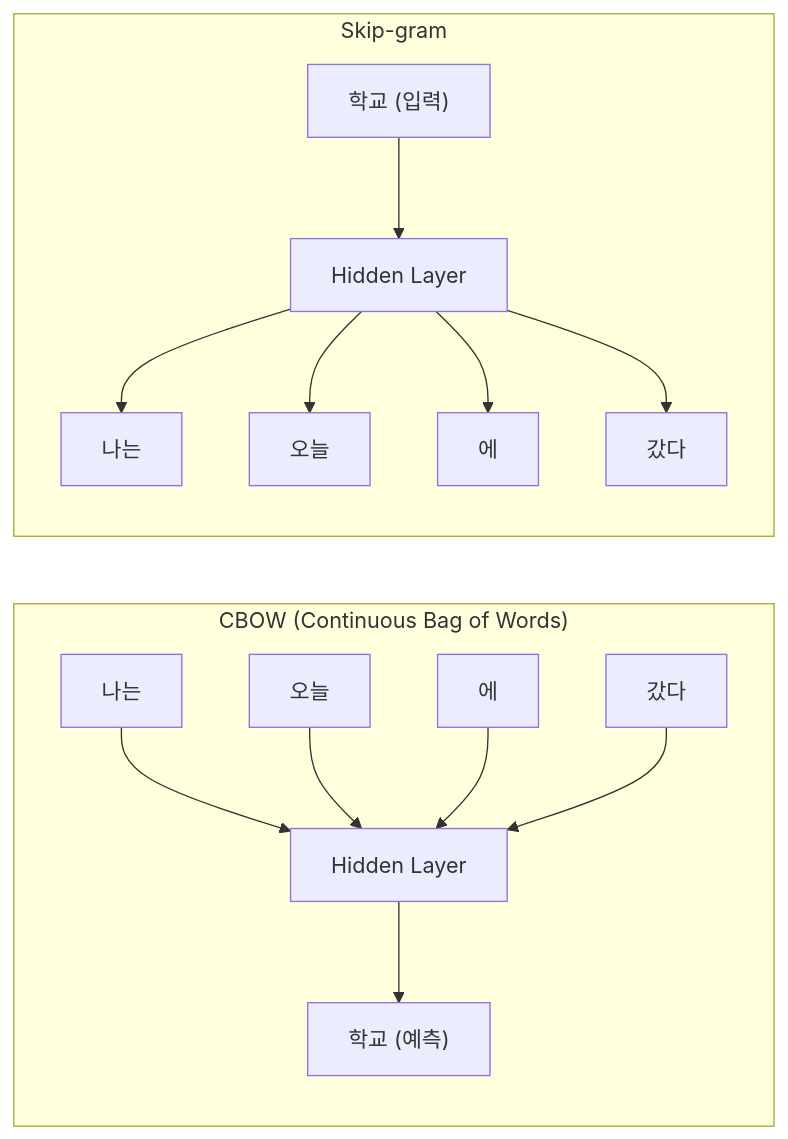
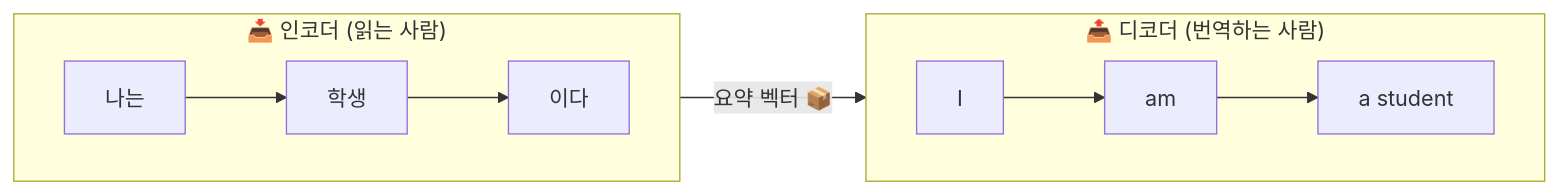
One commit to LeeSeogMin/2026NLP changed the fifth of 14 diagrams in docs/ch3A.md. Above: the diagram before and after it, drawn with Mermaid. The commit also changed other lines of this file and 1 other file, not shown here.

````diff
--- a/docs/ch3A.md
+++ b/docs/ch3A.md
@@ -96,20 +285,14 @@
 ```mermaid
-flowchart LR
-    subgraph CBOW["CBOW (Continuous Bag of Words)"]
-        direction TB
-        C1["나는"] --> P1["Hidden Layer"]
-        C2["오늘"] --> P1
-        C3["에"] --> P1
-        C4["갔다"] --> P1
-        P1 --> T1["학교 (예측)"]
+graph LR
+    subgraph 인코더["📥 인코더 (읽는 사람)"]
+        direction LR
+        W1["나는"] --> W2["학생"] --> W3["이다"]
     end
 
-    subgraph Skip["Skip-gram"]
-        direction TB
-        T2["학교 (입력)"] --> P2["Hidden Layer"]
-        P2 --> C5["나는"]
-        P2 --> C6["오늘"]
-        P2 --> C7["에"]
-        P2 --> C8["갔다"]
+    W3 -->|"요약 벡터 📦"| D1
+
+    subgraph 디코더["📤 디코더 (번역하는 사람)"]
+        direction LR
+        D1["I"] --> D2["am"] --> D3["a student"]
     end
 ```
````
